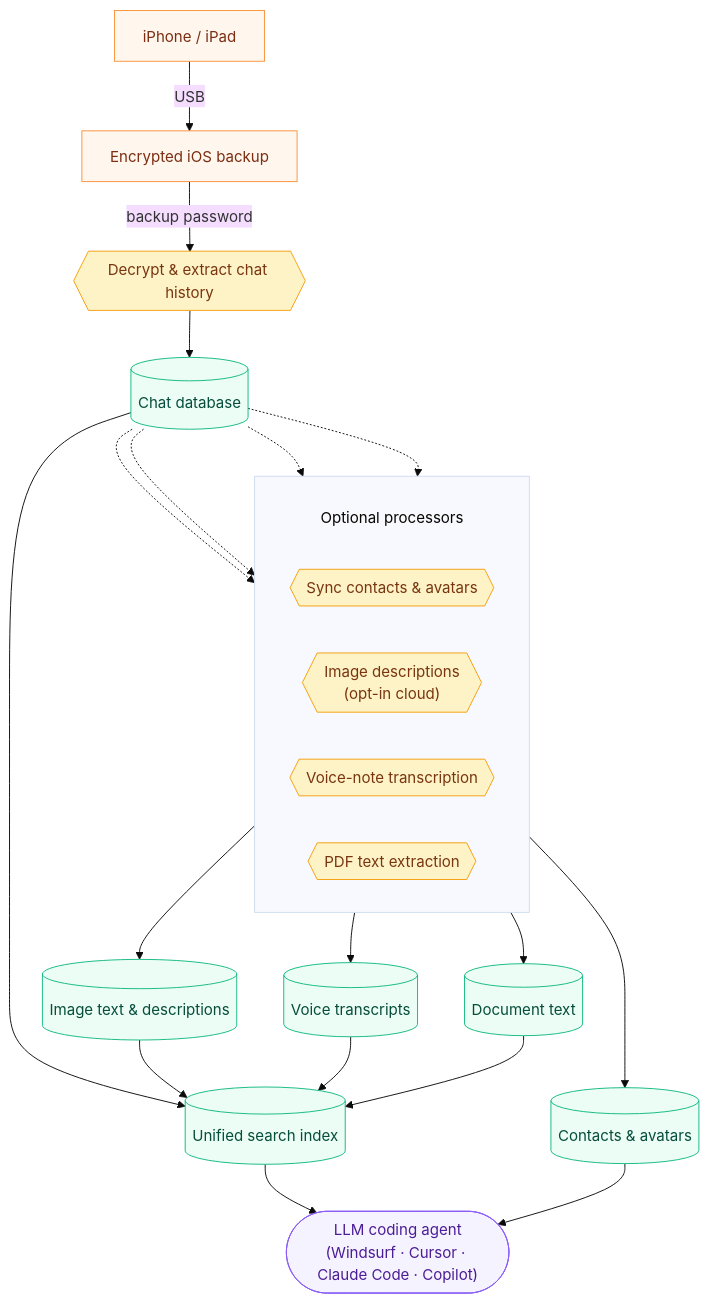
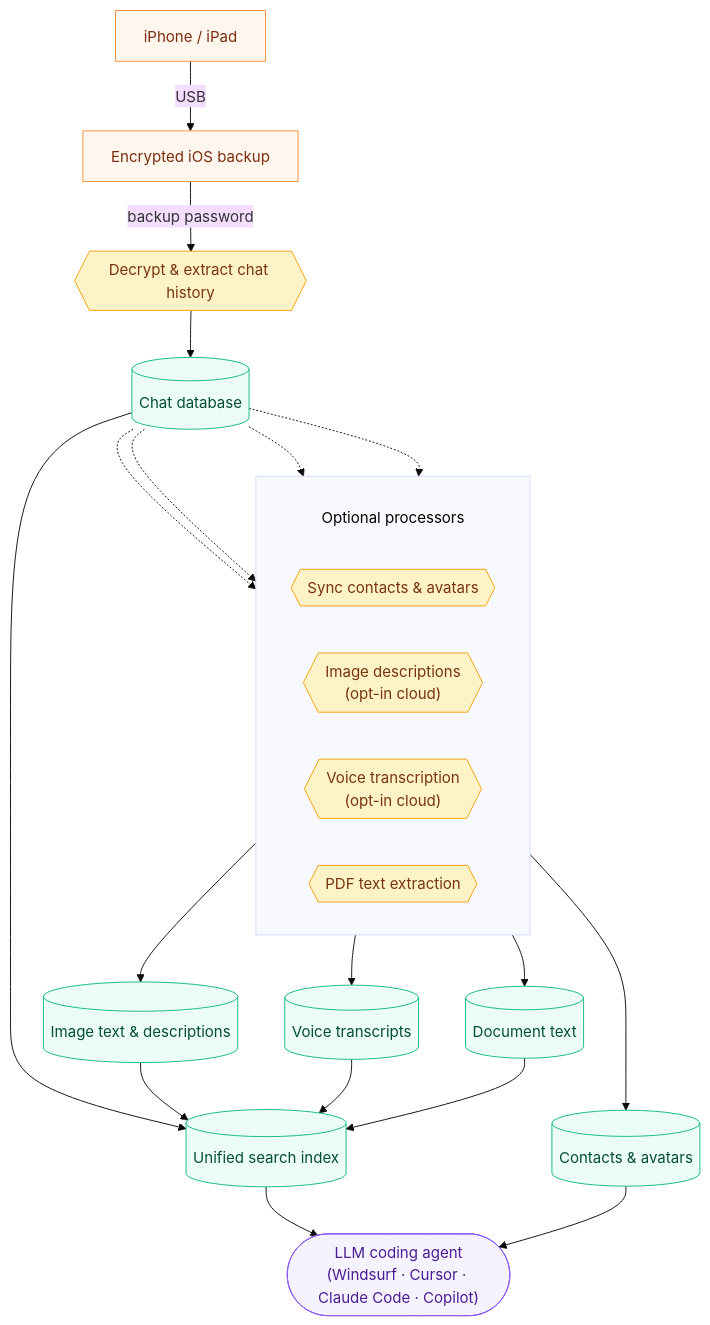
Before and after one commit to alkait/WhatsKept: the diagram in README.md, drawn with Mermaid (base theme). The commit also changed other lines of this file and 16 other files, not shown here.

````diff
--- a/README.md
+++ b/README.md
@@ -131,46 +129,46 @@
 ```mermaid
 %%{init: {'flowchart': {'subGraphTitleMargin': {'top': 32, 'bottom': 32}}}}%%
 flowchart TD
     classDef src    fill:#fff7ed,stroke:#fb923c,color:#7c2d12
     classDef proc   fill:#fef3c7,stroke:#f59e0b,color:#78350f
     classDef data   fill:#ecfdf5,stroke:#10b981,color:#064e3b
     classDef agent  fill:#f5f3ff,stroke:#8b5cf6,color:#4c1d95
 
     IP["iPhone / iPad"]:::src
     BK["Encrypted iOS backup"]:::src
     IP -->|USB| BK
 
     SYNC{{"Decrypt &amp; extract chat history"}}:::proc
     BK -->|backup password| SYNC
 
     DB[("Chat database")]:::data
     SYNC --> DB
 
     subgraph SIDE["Optional processors"]
         direction LR
         PS{{"Sync contacts &amp; avatars"}}:::proc
         MI{{"Image descriptions<br/>(opt-in cloud)"}}:::proc
-        VI{{"Voice-note transcription"}}:::proc
+        VI{{"Voice transcription<br/>(opt-in cloud)"}}:::proc
         XI{{"PDF text extraction"}}:::proc
     end
 
     DB -.-> PS
     DB -.-> MI
     DB -.-> VI
     DB -.-> XI
 
     PS --> AV[("Contacts &amp; avatars")]:::data
     MI --> IM[("Image text &amp; descriptions")]:::data
     VI --> VC[("Voice transcripts")]:::data
     XI --> DC[("Document text")]:::data
 
     FTS[("Unified search index")]:::data
     DB --> FTS
     IM --> FTS
     VC --> FTS
     DC --> FTS
 
     AGENT(["LLM coding agent<br/>(Windsurf · Cursor · Claude Code · Copilot)"]):::agent
     FTS --> AGENT
     AV  --> AGENT
 ```
````
